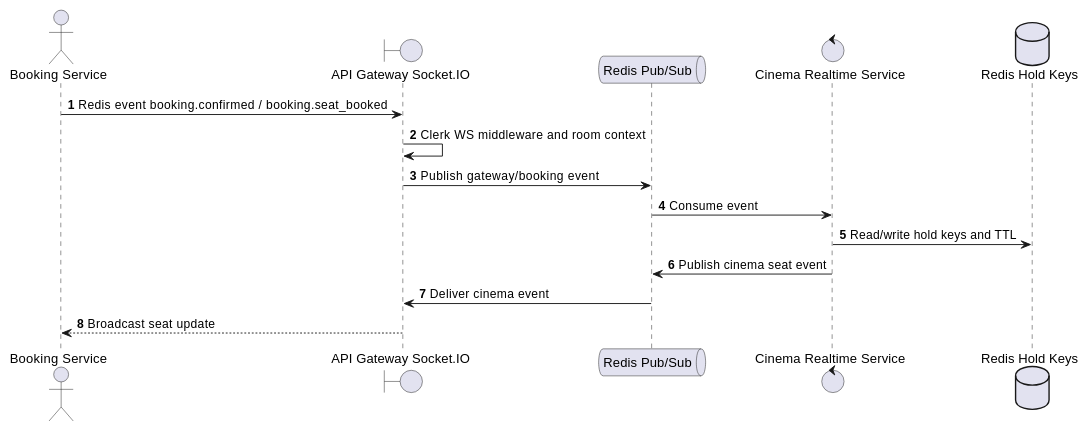
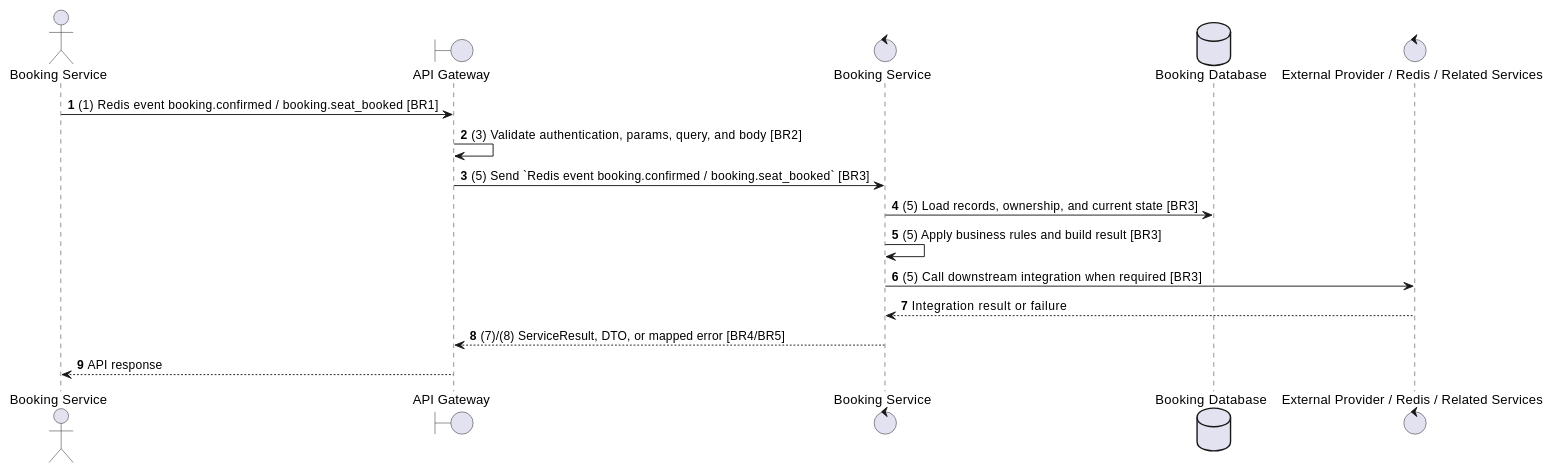
One commit to Tanh1603/movie-hub-architecture changed the second of 2 diagrams in docs/functional_specs/3.5.3_Real-time_Seat_Selection/RT-03_Confirm_Seat_Booked.md. Above: the diagram before and after it, drawn with PlantUML. The commit also changed other lines of this file and 129 other files, not shown here.

````diff
--- a/docs/functional_specs/3.5.3_Real-time_Seat_Selection/RT-03_Confirm_Seat_Booked.md
+++ b/docs/functional_specs/3.5.3_Real-time_Seat_Selection/RT-03_Confirm_Seat_Booked.md
@@ -17,19 +64,20 @@
 ```plantuml
 @startuml
 autonumber
 actor "Booking Service" as Actor
-boundary "API Gateway Socket.IO" as GW
-queue "Redis Pub/Sub" as Redis
-control "Cinema Realtime Service" as CRS
-database "Redis Hold Keys" as Hold
+boundary "API Gateway" as GW
+control "Booking Service" as SVC
+database "Booking Database" as DB
+control "External Provider / Redis / Related Services" as EXT
 
-Actor -> GW: Redis event booking.confirmed / booking.seat_booked
-GW -> GW: Clerk WS middleware and room context
-GW -> Redis: Publish gateway/booking event
-Redis -> CRS: Consume event
-CRS -> Hold: Read/write hold keys and TTL
-CRS -> Redis: Publish cinema seat event
-Redis -> GW: Deliver cinema event
-GW --> Actor: Broadcast seat update
+Actor -> GW: (1) Redis event booking.confirmed / booking.seat_booked [BR1]
+GW -> GW: (3) Validate authentication, params, query, and body [BR2]
+GW -> SVC: (5) Send `Redis event booking.confirmed / booking.seat_booked` [BR3]
+SVC -> DB: (5) Load records, ownership, and current state [BR3]
+SVC -> SVC: (5) Apply business rules and build result [BR3]
+SVC -> EXT: (5) Call downstream integration when required [BR3]
+EXT --> SVC: Integration result or failure
+SVC --> GW: (7)/(8) ServiceResult, DTO, or mapped error [BR4/BR5]
+GW --> Actor: API response
 @enduml
 ```
````
